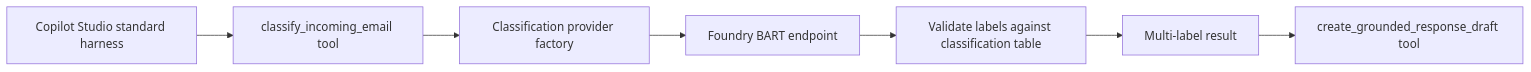
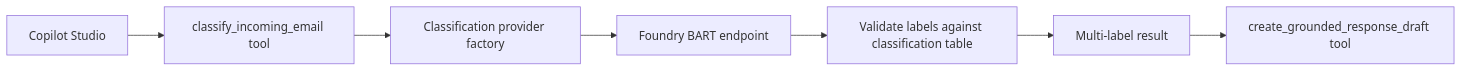
Before and after one commit to holgerimbery/bridge365: the sixth of 29 diagrams in docs/shared-mailbox-classification-master-guide.md, drawn with Mermaid. The commit also changed other lines of this file and 9 other files, not shown here.

````diff
--- a/docs/shared-mailbox-classification-master-guide.md
+++ b/docs/shared-mailbox-classification-master-guide.md
@@ -772,9 +753,9 @@
 ```mermaid
 flowchart LR
-    CS[Copilot Studio standard harness] --> MCP[classify_incoming_email tool]
+    CS[Copilot Studio] --> MCP[classify_incoming_email tool]
     MCP --> SELECT[Classification provider factory]
     SELECT --> BART[Foundry BART endpoint]
     BART --> MAP[Validate labels against classification table]
     MAP --> RESULT[Multi-label result]
     RESULT --> DRAFT[create_grounded_response_draft tool]
 ```
````
